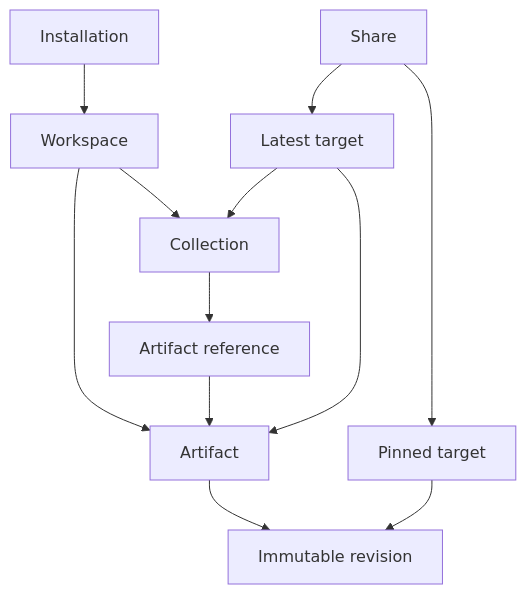
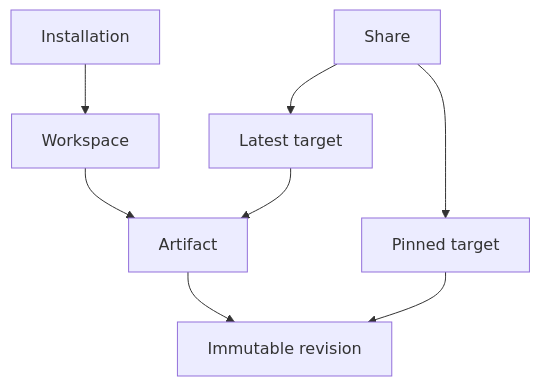
The first of 3 diagrams in docs/plans/2026-08-17-0030-feat-shelf-product-plan.md (amitray007/shelf), drawn with Mermaid before and after one commit. The commit also changed other lines of this file and 4 other files, not shown here.

````diff
--- a/docs/plans/2026-08-17-0030-feat-shelf-product-plan.md
+++ b/docs/plans/2026-08-17-0030-feat-shelf-product-plan.md
@@ -51,14 +52,10 @@
 ```mermaid
 flowchart TB
   I[Installation] --> W[Workspace]
-  W --> C[Collection]
   W --> A[Artifact]
-  C --> AR[Artifact reference]
-  AR --> A
   A --> R[Immutable revision]
   S[Share] --> L[Latest target]
   S --> P[Pinned target]
   L --> A
-  L --> C
   P --> R
 ```
````
